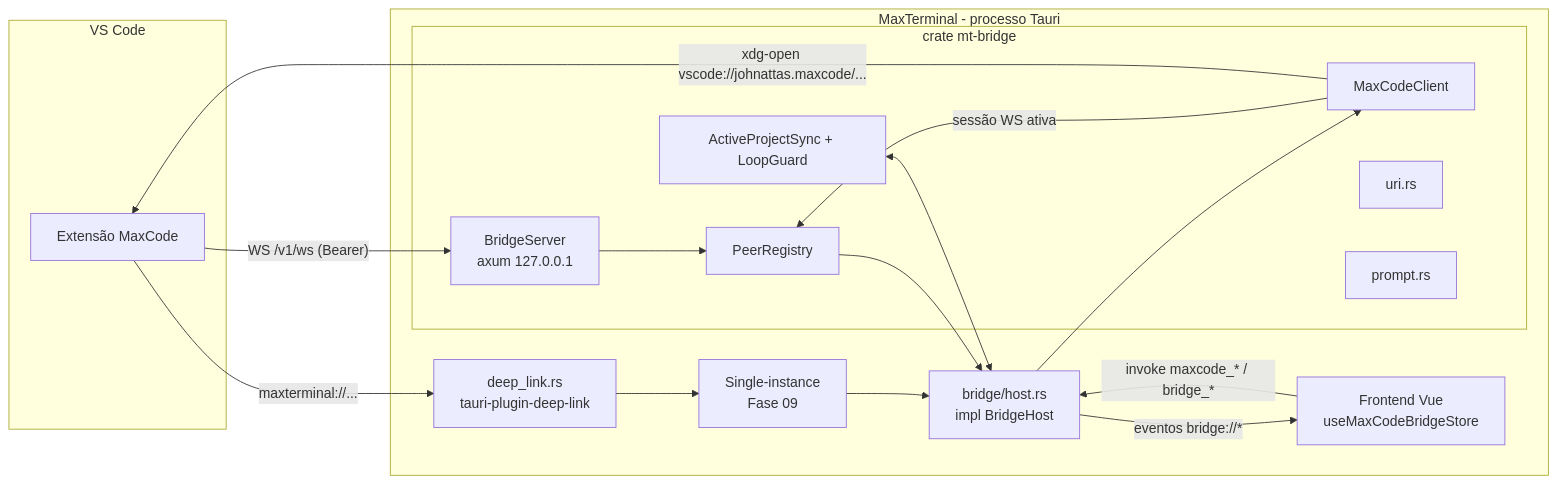
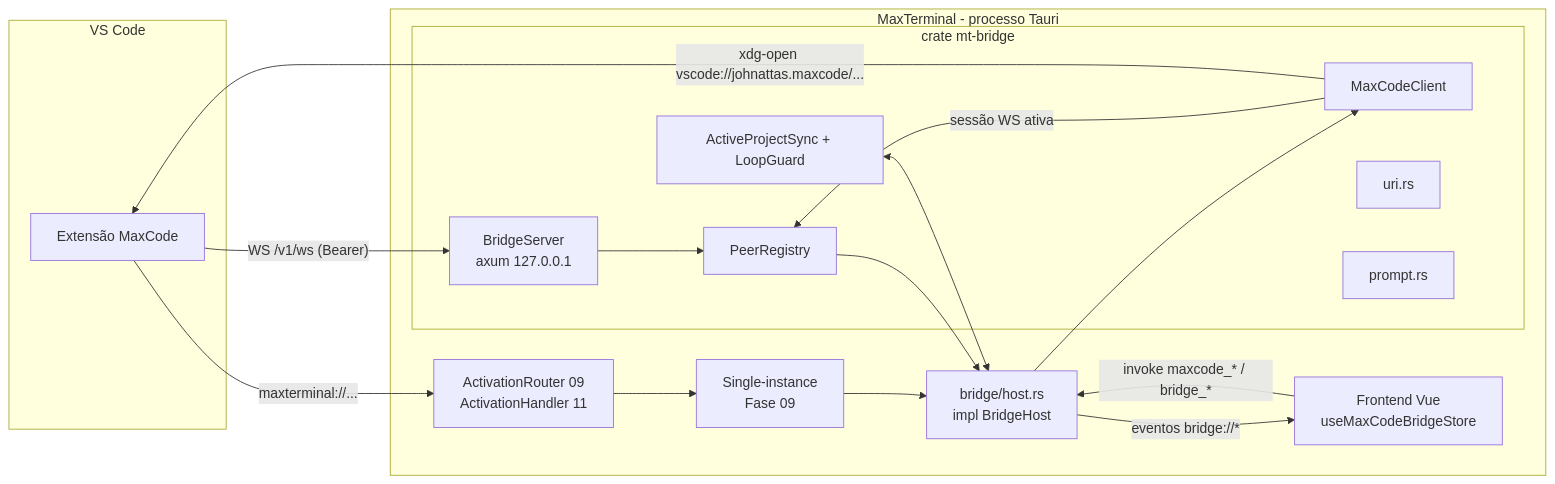
One commit to maxvue/MaxTerminal changed the first of 4 diagrams in implementation/11 - Integração Bidirecional com MaxCode/spec.md. Above: the diagram before and after it, drawn with Mermaid. The commit also changed other lines of this file and 173 other files, not shown here.

````diff
--- a/implementation/11 - Integração Bidirecional com MaxCode/spec.md
+++ b/implementation/11 - Integração Bidirecional com MaxCode/spec.md
@@ -17,30 +17,30 @@
 ```mermaid
 flowchart LR
     subgraph VSCode[VS Code]
         MC[Extensão MaxCode]
     end
     subgraph MT[MaxTerminal - processo Tauri]
-        DL[deep_link.rs<br/>tauri-plugin-deep-link]
+        DL[ActivationRouter 09<br/>ActivationHandler 11]
         SI[Single-instance<br/>Fase 09]
         HOST[bridge/host.rs<br/>impl BridgeHost]
         subgraph BR[crate mt-bridge]
             SRV[BridgeServer<br/>axum 127.0.0.1]
             REG[PeerRegistry]
             CLI[MaxCodeClient]
             SYNC[ActiveProjectSync + LoopGuard]
             URI[uri.rs]
             PR[prompt.rs]
         end
         FE[Frontend Vue<br/>useMaxCodeBridgeStore]
     end
     MC -- "WS /v1/ws (Bearer)" --> SRV
     MC -- "maxterminal://..." --> DL
     DL --> SI --> HOST
     SRV --> REG --> HOST
     HOST -- "eventos bridge://*" --> FE
     FE -- "invoke maxcode_* / bridge_*" --> HOST
     HOST --> CLI
     CLI -- "sessão WS ativa" --> REG
     CLI -- "xdg-open vscode://johnattas.maxcode/..." --> MC
     SYNC <--> HOST
 ```
````
